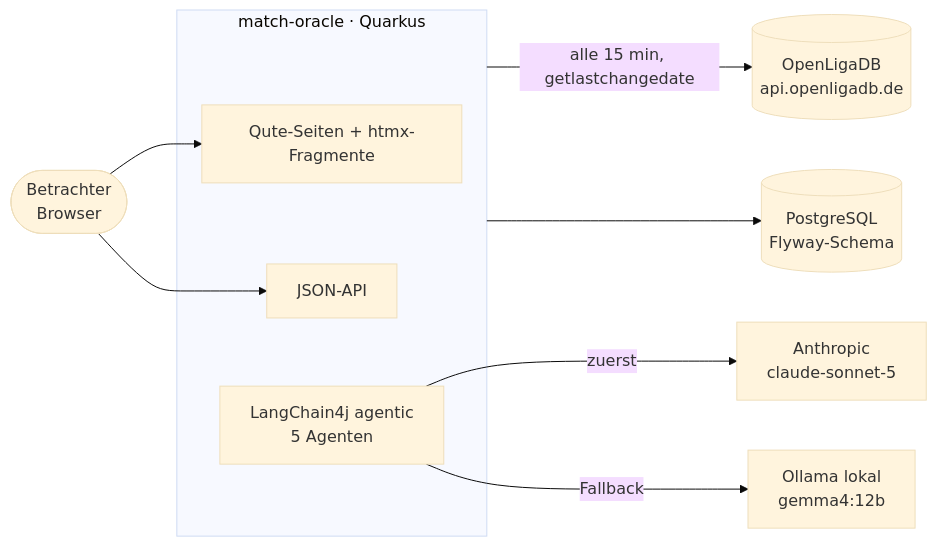
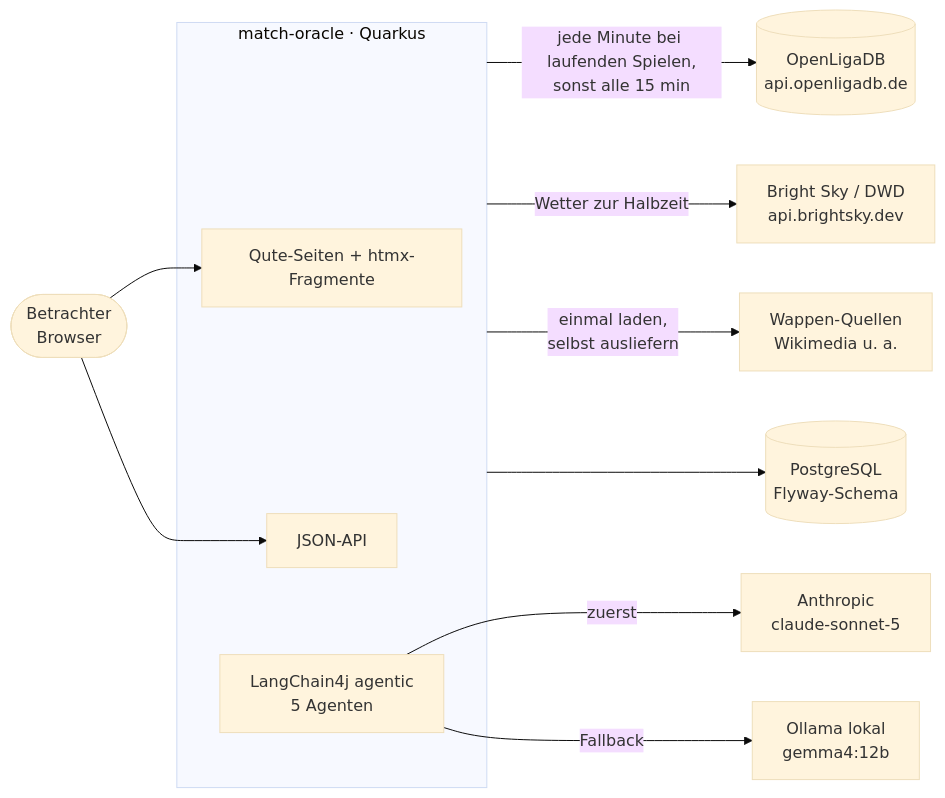
Before and after one commit to mgoericke/rasenradar: the first of 2 diagrams in docs/architecture/README.md, drawn with Mermaid (base theme). The commit also changed other lines of this file and 2 other files, not shown here.

First line of the commit message:
docs(architecture): Überblick auf den Stand November 2026 bringen (#121)

````diff
--- a/docs/architecture/README.md
+++ b/docs/architecture/README.md
@@ -21,20 +21,24 @@
 ```mermaid
 flowchart LR
     viewer([Betrachter<br/>Browser])
     subgraph app [match-oracle · Quarkus]
         ui[Qute-Seiten + htmx-Fragmente]
         api[JSON-API]
         agents[LangChain4j agentic<br/>5 Agenten]
     end
     oldb[(OpenLigaDB<br/>api.openligadb.de)]
+    sky[Bright Sky / DWD<br/>api.brightsky.dev]
+    crests[Wappen-Quellen<br/>Wikimedia u. a.]
     pg[(PostgreSQL<br/>Flyway-Schema)]
     cloud[Anthropic<br/>claude-sonnet-5]
     ollama[Ollama lokal<br/>gemma4:12b]
 
     viewer --> ui
     viewer --> api
-    app -- "alle 15 min, getlastchangedate" --> oldb
+    app -- "jede Minute bei laufenden Spielen,<br/>sonst alle 15 min" --> oldb
+    app -- "Wetter zur Halbzeit" --> sky
+    app -- "einmal laden,<br/>selbst ausliefern" --> crests
     app --> pg
     agents -- "zuerst" --> cloud
     agents -- "Fallback" --> ollama
 ```
````
